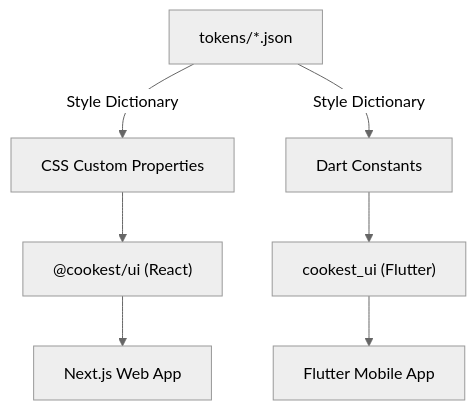
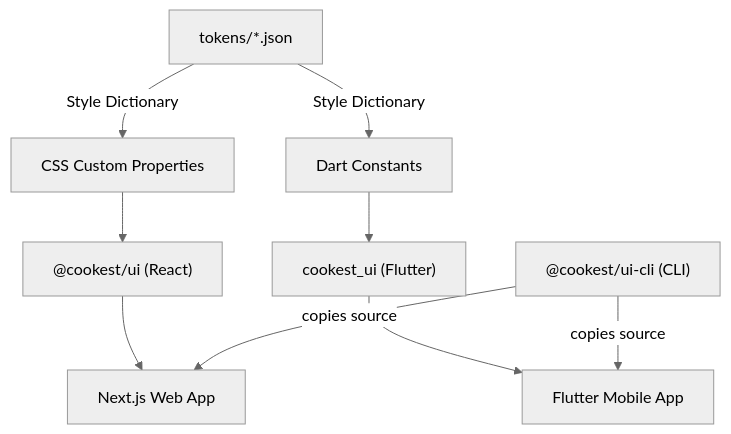
Before and after one commit to Cookest/docs: the diagram in content/docs/ui-components/overview.mdx, drawn with Mermaid (neutral theme). The commit also changed other lines of this file and 1 other file, not shown here.

Commit message:
docs(overview,react): finalize 18-component docs, CLI install sections, publishing workflow

````diff
--- a/content/docs/ui-components/overview.mdx
+++ b/content/docs/ui-components/overview.mdx
@@ -12,9 +12,11 @@
 ```mermaid
 graph TD
   A[tokens/*.json] -->|Style Dictionary| B[CSS Custom Properties]
   A -->|Style Dictionary| C[Dart Constants]
   B --> D["@cookest/ui (React)"]
   C --> E["cookest_ui (Flutter)"]
   D --> F[Next.js Web App]
   E --> G[Flutter Mobile App]
+  H["@cookest/ui-cli (CLI)"] -->|copies source| F
+  H -->|copies source| G
 ```
````
